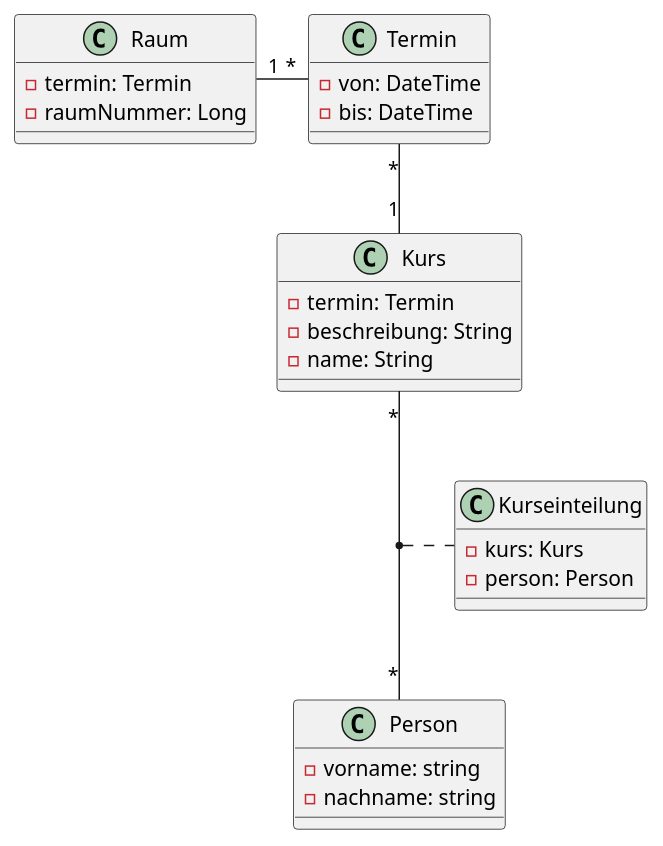
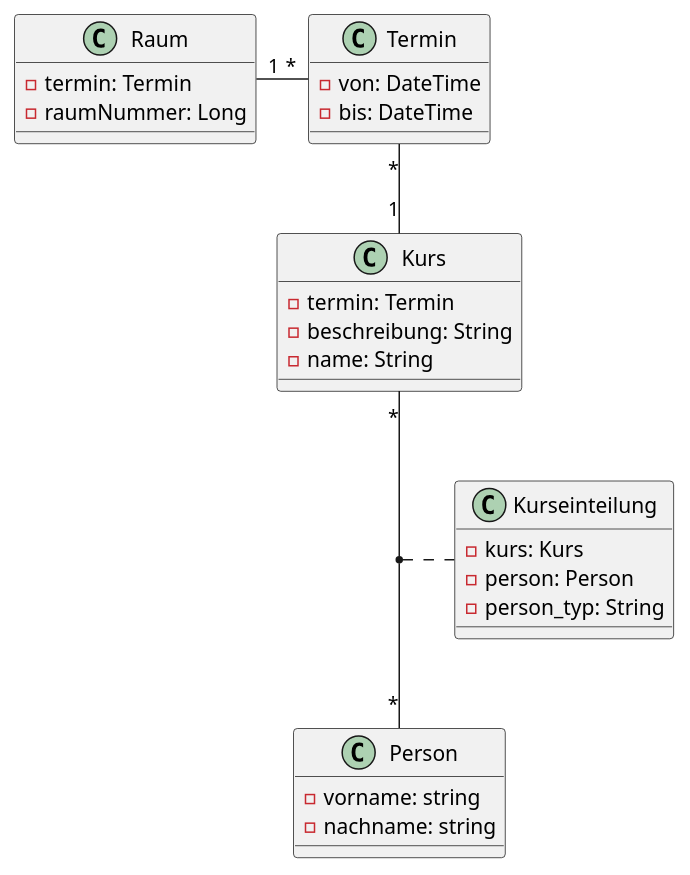
One commit to 2122-4ahif-nvs/01-microproject-HautzmayerSheila changed the diagram in asciidocs/plantuml/Tanzverein.puml. Above: the diagram before and after it, drawn with PlantUML. The commit also changed 6 other files, not shown here.

```diff
--- a/asciidocs/plantuml/Tanzverein.puml
+++ b/asciidocs/plantuml/Tanzverein.puml
@@ -1,42 +1,43 @@
 @startuml
 'https://plantuml.com/class-diagram
 
 
 class Raum{
     -termin: Termin
     -raumNummer: Long
 }
 
 
 class Kurs{
     -termin: Termin
     -beschreibung: String
     -name: String
 }
 
 class Kurseinteilung{
     -kurs: Kurs
     -person: Person
+    -person_typ: String
 }
 
 class Person{
     -vorname: string
     -nachname: string
 }
 
 class Termin{
     -von: DateTime
     -bis: DateTime
 }
 
 
 Kurs "*" -- "*" Person
 Termin "*" -- "1" Kurs
 Termin "*" -l- "1" Raum
 
 (Kurs, Person) .. Kurseinteilung
 
 
 
 
 @enduml
```
